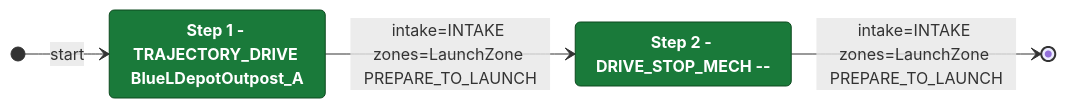
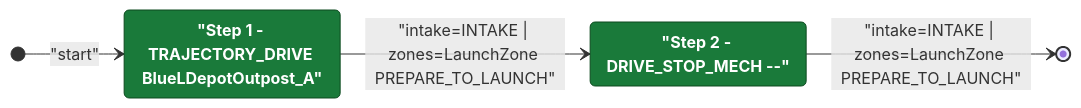
Before and after one commit to Team302/2026Rebuilt: the diagram in documents/auton/BlueTDepLaunch0DepNOutScoreNCli.md, drawn with Mermaid. The commit also changed 242 other files, not shown here.

Commit message:
Regenerated diagrams with fixed red

````diff
--- a/documents/auton/BlueTDepLaunch0DepNOutScoreNCli.md
+++ b/documents/auton/BlueTDepLaunch0DepNOutScoreNCli.md
@@ -8,18 +8,18 @@
 ```mermaid
 stateDiagram-v2
     direction LR
 
     %% Green = intake active, Purple = intake off
     classDef intake  fill:#1a7a3a,color:#ffffff,stroke:#0d4a1f,font-weight:bold
     classDef noIntake fill:#5a4a8a,color:#ffffff,stroke:#3a2a6a,font-weight:bold
 
-    Step1 : Step 1 - TRAJECTORY_DRIVE BlueLDepotOutpost_A
-    Step2 : Step 2 - DRIVE_STOP_MECH --
+    Step1 : "Step 1 - TRAJECTORY_DRIVE BlueLDepotOutpost_A"
+    Step2 : "Step 2 - DRIVE_STOP_MECH --"
 
     class Step1 intake
     class Step2 intake
 
-    [*] --> Step1 : start
-    Step1 --> Step2: intake=INTAKE zones=LaunchZone PREPARE_TO_LAUNCH
-    Step2 --> [*]: intake=INTAKE zones=LaunchZone PREPARE_TO_LAUNCH
+    [*] --> Step1 : "start"
+    Step1 --> Step2: "intake=INTAKE | zones=LaunchZone PREPARE_TO_LAUNCH"
+    Step2 --> [*]: "intake=INTAKE | zones=LaunchZone PREPARE_TO_LAUNCH"
 ```
````
